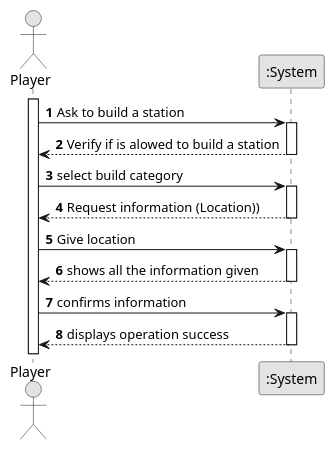
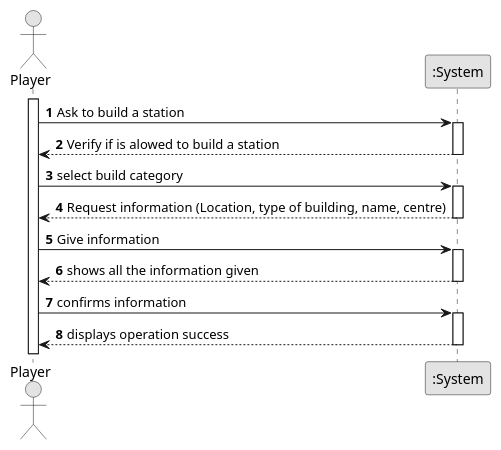
The diagram in docs/(template-files)/US05/01.requirements-engineering.us05/us-Diagram/us05Diagram.puml (Andremonteiro1240850/railway_simulator), drawn with PlantUML before and after one commit. The commit also changed 3 other files, not shown here.

```diff
--- a/docs/(template-files)/US05/01.requirements-engineering.us05/us-Diagram/us05Diagram.puml
+++ b/docs/(template-files)/US05/01.requirements-engineering.us05/us-Diagram/us05Diagram.puml
@@ -1,36 +1,36 @@
 @startuml
 skinparam monochrome true
 skinparam packageStyle rectangle
 skinparam shadowing false
 
 autonumber
 
 actor "Player" as Employee
 participant ":System" as System
 
 activate Employee
 
     Employee -> System : Ask to build a station
     activate System
 
         System --> Employee : Verify if is alowed to build a station
     deactivate System
 
     Employee -> System : select build category
     activate System
 
-        System --> Employee :  Request information (Location))
+        System --> Employee :  Request information (Location, type of building, name, centre)
     deactivate System
 
-    Employee -> System : Give location
+    Employee -> System : Give information
     activate System
 
         System --> Employee : shows all the information given
     deactivate System
 
     Employee -> System : confirms information
     activate System
 
         System --> Employee : displays operation success
     deactivate System
 @enduml
```
